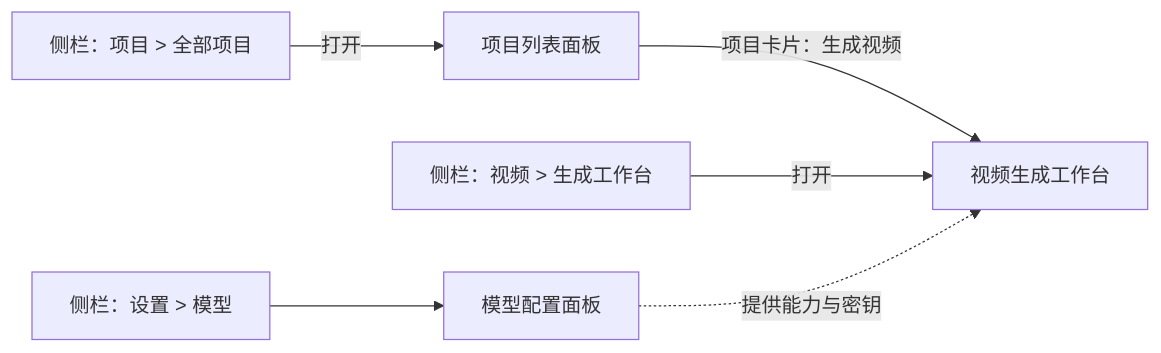
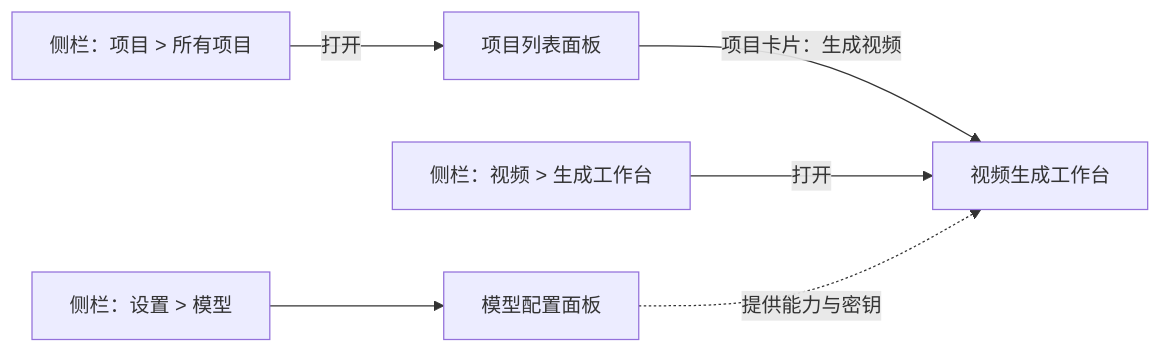
One commit to sengbin/ai-video-studio changed the tenth of 10 diagrams in docs/ARCHITECTURE.md. Above: the diagram before and after it, drawn with Mermaid. The commit also changed 10 other files, not shown here.

````diff
--- a/docs/ARCHITECTURE.md
+++ b/docs/ARCHITECTURE.md
@@ -556,8 +556,8 @@
 ```mermaid
 flowchart LR
-  SBP["侧栏：项目 > 全部项目"] -->|"打开"| PML["项目列表面板"]
+  SBP["侧栏：项目 > 所有项目"] -->|"打开"| PML["项目列表面板"]
   PML -->|"项目卡片：生成视频"| WB["视频生成工作台"]
   SBV["侧栏：视频 > 生成工作台"] -->|"打开"| WB
   SBM["侧栏：设置 > 模型"] --> MC["模型配置面板"]
   MC -.->|"提供能力与密钥"| WB
 ```
````
